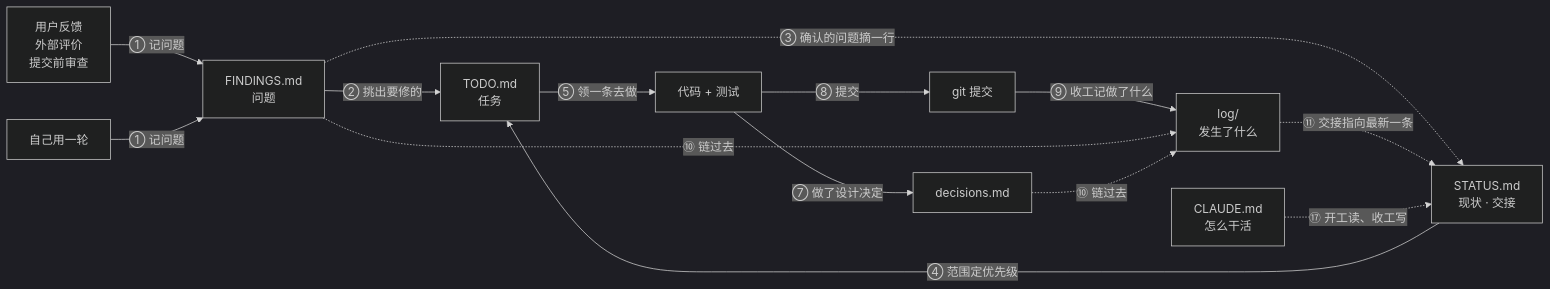
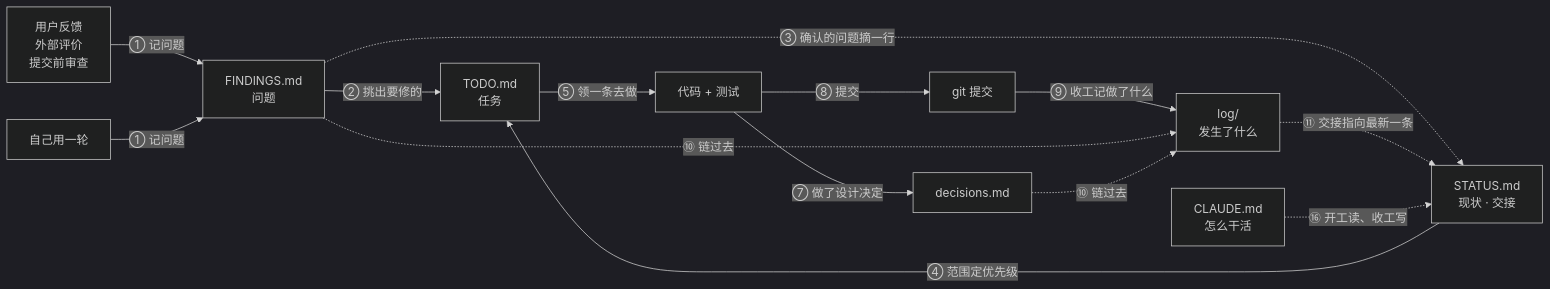
One commit to noviorlu/codestrata changed the first of 2 diagrams in docs/README.md. Above: the diagram before and after it, drawn with Mermaid (dark theme). The commit also changed other lines of this file and 48 other files, not shown here.

First line of the commit message:
Remove the notes layer: the product is about how the run path flows

````diff
--- a/docs/README.md
+++ b/docs/README.md
@@ -32,16 +31,16 @@
 ```mermaid
 flowchart LR
   FB["用户反馈<br/>外部评价<br/>提交前审查"] -->|"① 记问题"| DF
   DOG["自己用一轮"] -->|"① 记问题"| DF
   DF["FINDINGS.md<br/>问题"] -->|"② 挑出要修的"| TD["TODO.md<br/>任务"]
   DF -.->|"③ 确认的问题摘一行"| ST
   ST["STATUS.md<br/>现状 · 交接"] -->|"④ 范围定优先级"| TD
   TD -->|"⑤ 领一条去做"| CODE["代码 + 测试"]
   CODE -->|"⑦ 做了设计决定"| DC["decisions.md"]
   CODE -->|"⑧ 提交"| GIT["git 提交"]
   GIT -->|"⑨ 收工记做了什么"| LG["log/<br/>发生了什么"]
   DF -.->|"⑩ 链过去"| LG
   DC -.->|"⑩ 链过去"| LG
   LG -.->|"⑪ 交接指向最新一条"| ST
-  CL["CLAUDE.md<br/>怎么干活"] -.->|"⑰ 开工读、收工写"| ST
+  CL["CLAUDE.md<br/>怎么干活"] -.->|"⑯ 开工读、收工写"| ST
 ```
````
